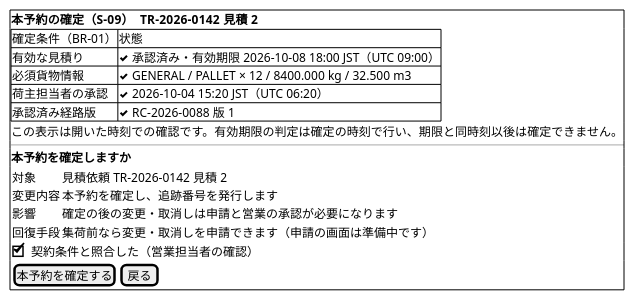
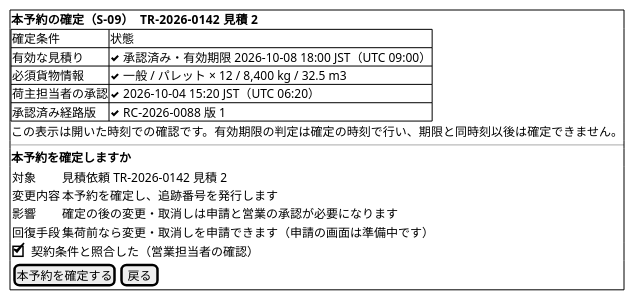
Before and after one commit to k2works/practical-domain-driven-design-in-enterpris-application: diagram 16 of 24 in docs/design/cargo-tracker/ui_design.md, drawn with PlantUML. The commit also changed other lines of this file and 6 other files, not shown here.

````diff
--- a/docs/design/cargo-tracker/ui_design.md
+++ b/docs/design/cargo-tracker/ui_design.md
@@ -677,25 +678,25 @@
 ```plantuml
 @startsalt
 {+
   <b>本予約の確定（S-09）　TR-2026-0142 見積 2
   {#
-    確定条件（BR-01） | 状態
+    確定条件 | 状態
     有効な見積り | <&check> 承認済み・有効期限 2026-10-08 18:00 JST（UTC 09:00）
-    必須貨物情報 | <&check> GENERAL / PALLET × 12 / 8400.000 kg / 32.500 m3
+    必須貨物情報 | <&check> 一般 / パレット × 12 / 8,400 kg / 32.5 m3
     荷主担当者の承認 | <&check> 2026-10-04 15:20 JST（UTC 06:20）
     承認済み経路版 | <&check> RC-2026-0088 版 1
   }
   この表示は開いた時刻での確認です。有効期限の判定は確定の時刻で行い、期限と同時刻以後は確定できません。
   ---
   <b>本予約を確定しますか
   {
     対象       | 見積依頼 TR-2026-0142 見積 2
     変更内容   | 本予約を確定し、追跡番号を発行します
     影響       | 確定の後の変更・取消しは申請と営業の承認が必要になります
     回復手段   | 集荷前なら変更・取消しを申請できます（申請の画面は準備中です）
   }
   [X] 契約条件と照合した（営業担当者の確認）
   { [ 本予約を確定する ] | [ 戻る ] }
 }
 @endsalt
 ```
````
